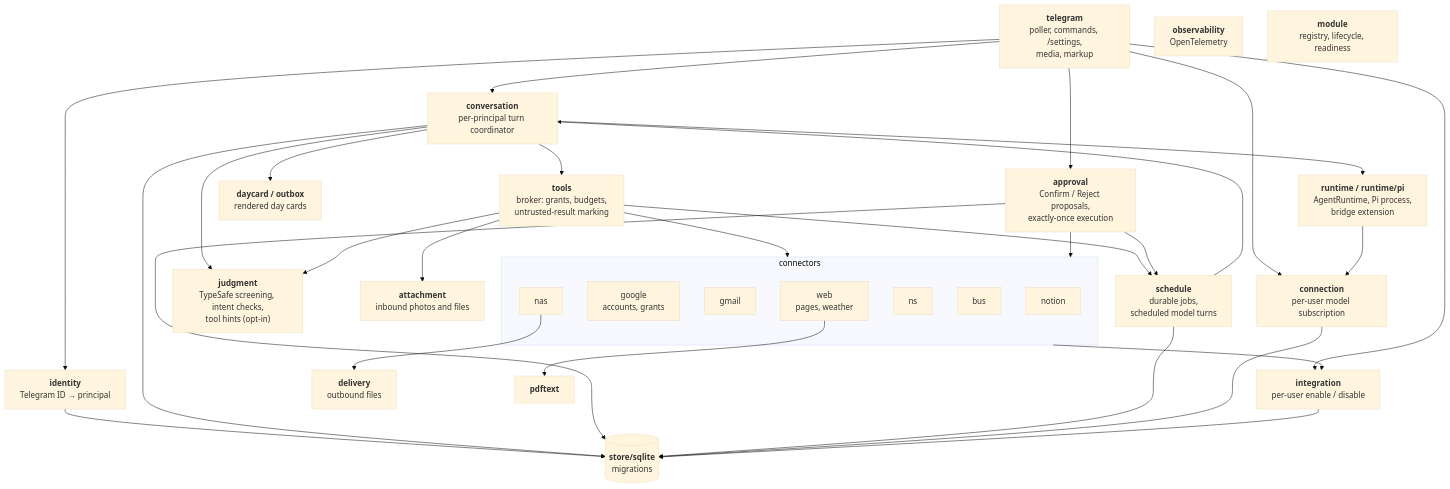
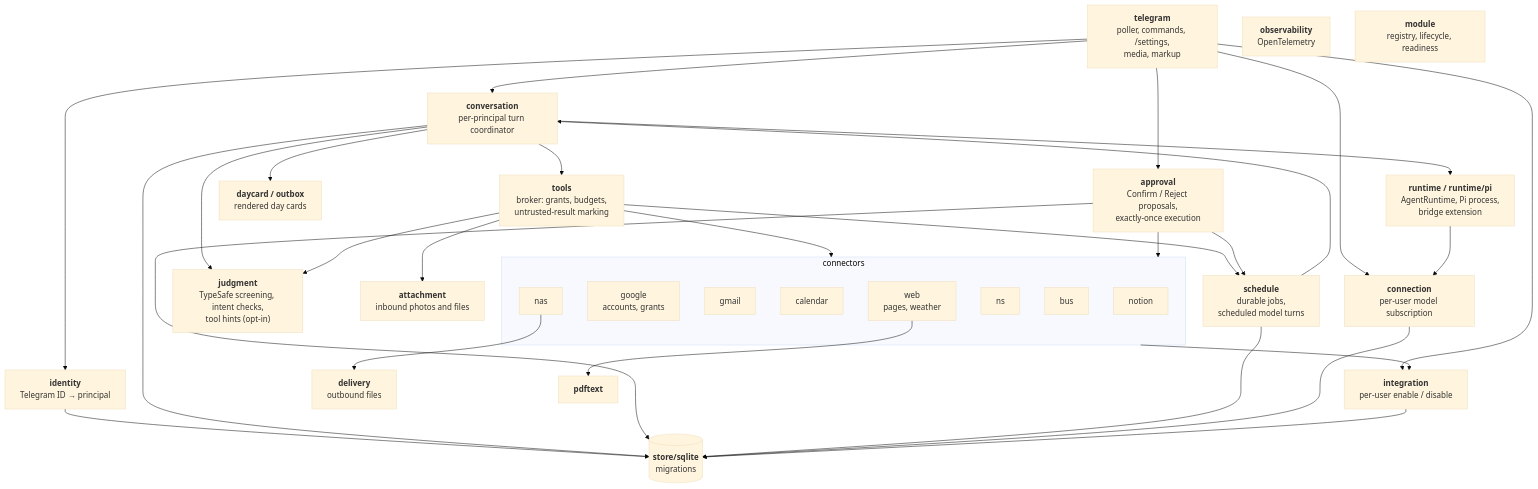
Before and after one commit to vladar107/home-ai-assistant: the third of 3 diagrams in docs/architecture.md, drawn with Mermaid (base theme). The commit also changed other lines of this file and 11 other files, not shown here.

````diff
--- a/docs/architecture.md
+++ b/docs/architecture.md
@@ -96,53 +96,54 @@
 ```mermaid
 flowchart TB
     tg["<b>telegram</b><br/>poller, commands, /settings,<br/>media, markup"]
     identity["<b>identity</b><br/>Telegram ID → principal"]
     conv["<b>conversation</b><br/>per-principal turn coordinator"]
     runtime["<b>runtime / runtime/pi</b><br/>AgentRuntime, Pi process,<br/>bridge extension"]
     connection["<b>connection</b><br/>per-user model subscription"]
     broker["<b>tools</b><br/>broker: grants, budgets,<br/>untrusted-result marking"]
     approval["<b>approval</b><br/>Confirm / Reject proposals,<br/>exactly-once execution"]
     schedule["<b>schedule</b><br/>durable jobs,<br/>scheduled model turns"]
     judgment["<b>judgment</b><br/>TypeSafe screening, intent checks,<br/>tool hints (opt-in)"]
     integration["<b>integration</b><br/>per-user enable / disable"]
     attach["<b>attachment</b><br/>inbound photos and files"]
     delivery["<b>delivery</b><br/>outbound files"]
     card["<b>daycard / outbox</b><br/>rendered day cards"]
     pdf["<b>pdftext</b>"]
 
     subgraph connectors["connectors"]
         notion["notion"]
         google["google<br/>accounts, grants"]
         gmail["gmail"]
+        calendar["calendar"]
         nasc["nas"]
         nsc["ns"]
         busc["bus"]
         web["web<br/>pages, weather"]
     end
 
     store[("<b>store/sqlite</b><br/>migrations")]
     obs["<b>observability</b><br/>OpenTelemetry"]
     module["<b>module</b><br/>registry, lifecycle, readiness"]
 
     tg --> identity
     tg --> conv
     tg --> connection
     tg --> integration
     tg --> approval
     conv --> runtime
     conv --> broker
     conv --> card
     conv --> judgment
     runtime --> connection
     broker --> connectors
     broker --> attach
     broker --> schedule
     broker --> judgment
     approval --> connectors
     approval --> schedule
     schedule --> conv
     nasc --> delivery
     web --> pdf
     connectors --> integration
     identity & conv & approval & schedule & connection & integration --> store
 ```
````
